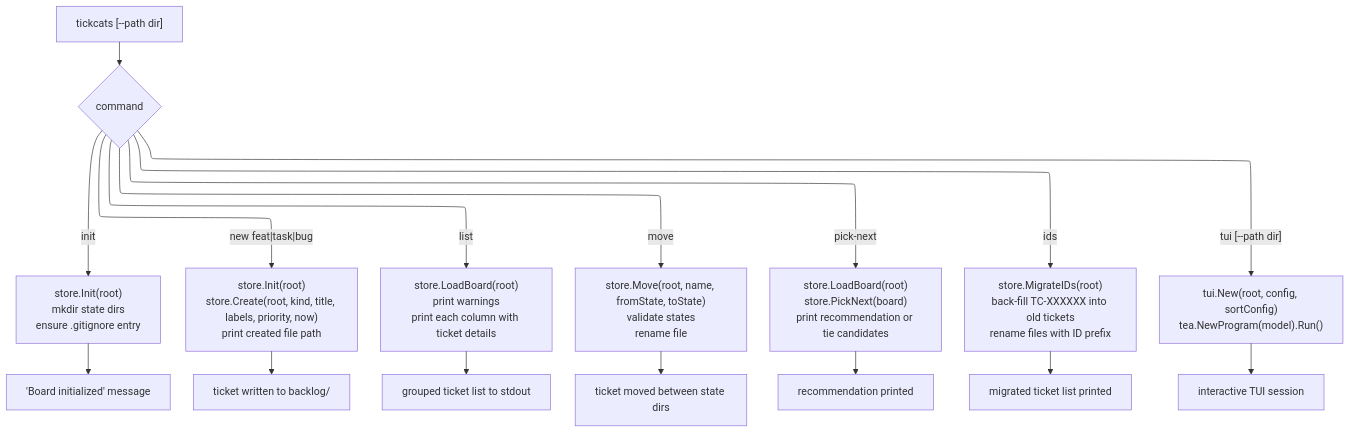
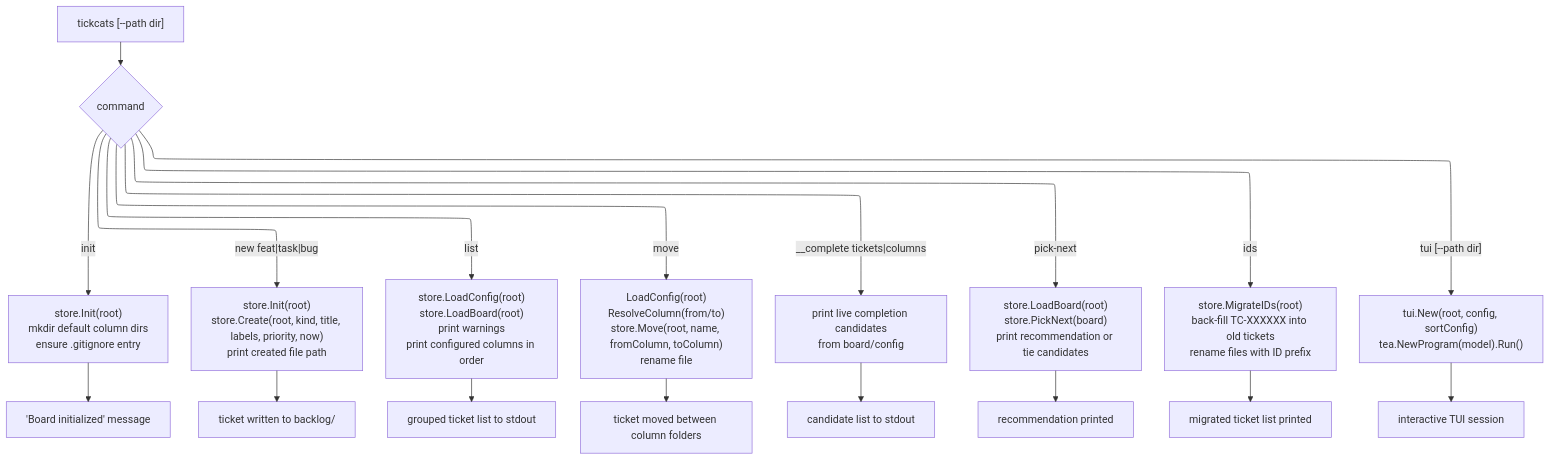
Before and after one commit to dawidsok/tickcats: the first of 3 diagrams in docs/flows/cli-commands.md, drawn with Mermaid. The commit also changed other lines of this file and 29 other files, not shown here.

````diff
--- a/docs/flows/cli-commands.md
+++ b/docs/flows/cli-commands.md
@@ -7,26 +7,29 @@
 ```mermaid
 %%{init: {"flowchart": {"defaultRenderer": "elk"}} }%%
 flowchart TD
     Start["tickcats [--path dir] <command>"] --> Dispatch{"command"}
 
-    Dispatch -->|"init"| Init["store.Init(root)\nmkdir state dirs\nensure .gitignore entry"]
+    Dispatch -->|"init"| Init["store.Init(root)\nmkdir default column dirs\nensure .gitignore entry"]
     Init --> InitDone["'Board initialized' message"]
 
     Dispatch -->|"new feat|task|bug <title> [flags]"| New["store.Init(root)\nstore.Create(root, kind, title, labels, priority, now)\nprint created file path"]
     New --> NewDone["ticket written to backlog/"]
 
-    Dispatch -->|"list"| List["store.LoadBoard(root)\nprint warnings\nprint each column with ticket details"]
+    Dispatch -->|"list"| List["store.LoadConfig(root)\nstore.LoadBoard(root)\nprint warnings\nprint configured columns in order"]
     List --> ListDone["grouped ticket list to stdout"]
 
-    Dispatch -->|"move <name> <from> <to>"| Move["store.Move(root, name, fromState, toState)\nvalidate states\nrename file"]
-    Move --> MoveDone["ticket moved between state dirs"]
+    Dispatch -->|"move <name> <from> <to>"| Move["LoadConfig(root)\nResolveColumn(from/to)\nstore.Move(root, name, fromColumn, toColumn)\nrename file"]
+    Move --> MoveDone["ticket moved between column folders"]
+
+    Dispatch -->|"__complete tickets|columns"| Complete["print live completion candidates\nfrom board/config"]
+    Complete --> CompleteDone["candidate list to stdout"]
 
     Dispatch -->|"pick-next"| PickNext["store.LoadBoard(root)\nstore.PickNext(board)\nprint recommendation or tie candidates"]
     PickNext --> PickDone["recommendation printed"]
 
     Dispatch -->|"ids"| IDs["store.MigrateIDs(root)\nback-fill TC-XXXXXX into old tickets\nrename files with ID prefix"]
     IDs --> IDsDone["migrated ticket list printed"]
 
     Dispatch -->|"tui [--path dir]"| TUI["tui.New(root, config, sortConfig)\ntea.NewProgram(model).Run()"]
     TUI --> TUIDone["interactive TUI session"]
 ```
````
